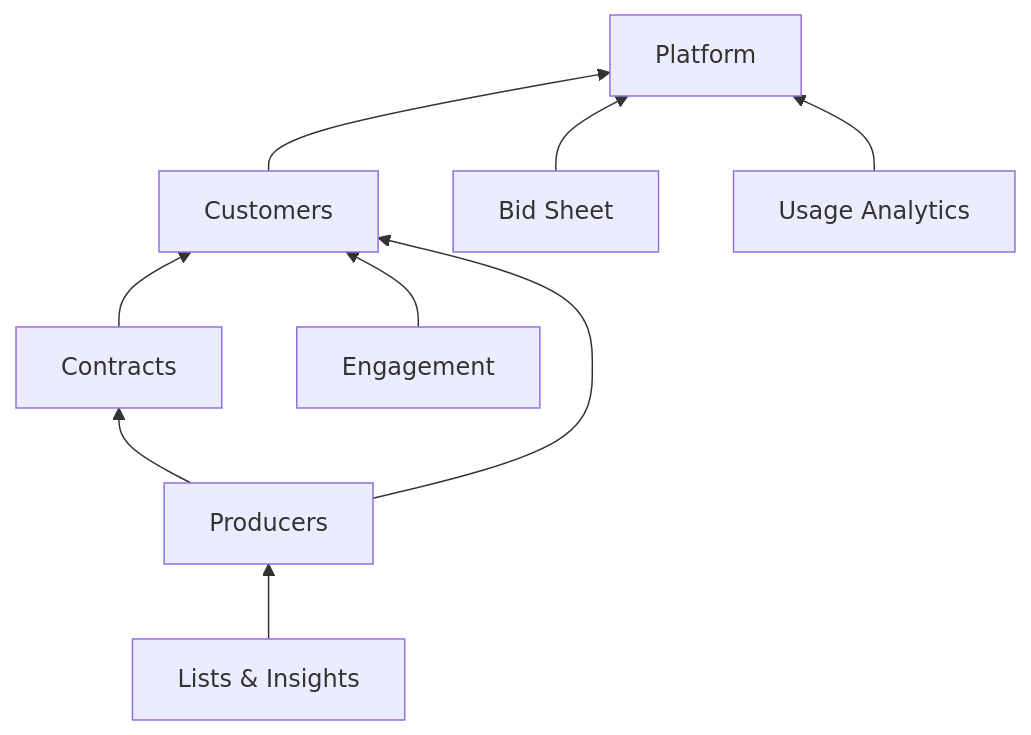
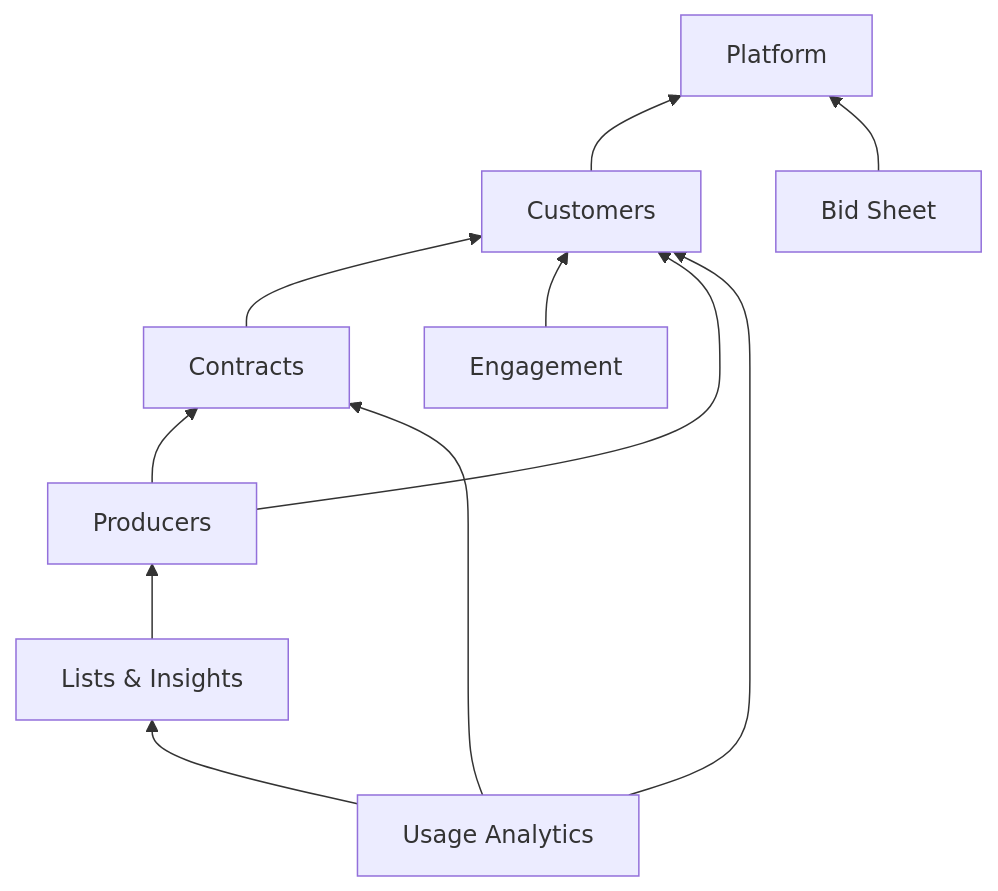
The diagram in agents-docs/plans/plan-modular-architecture.md (GrosseLimace/origination), drawn with Mermaid before and after one commit. The commit also changed other lines of this file and 57 other files, not shown here.

First line of the commit message:
feat(usage-analytics): move the usage dashboard into the Usage Analytics module

````diff
--- a/agents-docs/plans/plan-modular-architecture.md
+++ b/agents-docs/plans/plan-modular-architecture.md
@@ -124,12 +124,14 @@
 ```mermaid
 flowchart BT
     Platform
     Customers --> Platform
     Contracts --> Customers
     Engagement --> Customers
     Producers --> Contracts
     Producers --> Customers
     Lists[Lists & Insights] --> Producers
     BidSheet[Bid Sheet] --> Platform
-    Usage[Usage Analytics] --> Platform
+    Usage[Usage Analytics] --> Lists
+    Usage --> Contracts
+    Usage --> Customers
 ```
````
